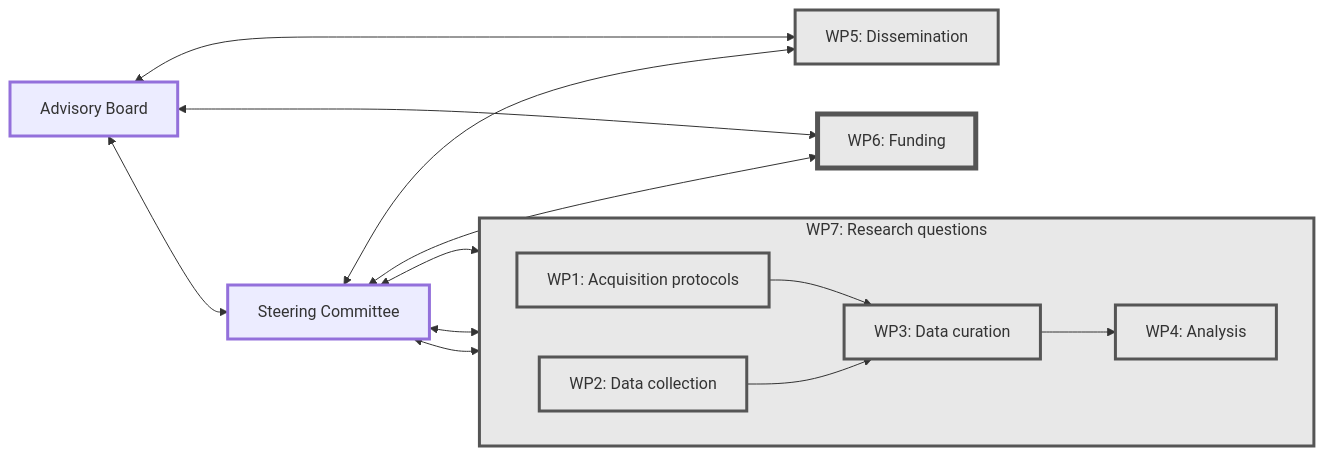
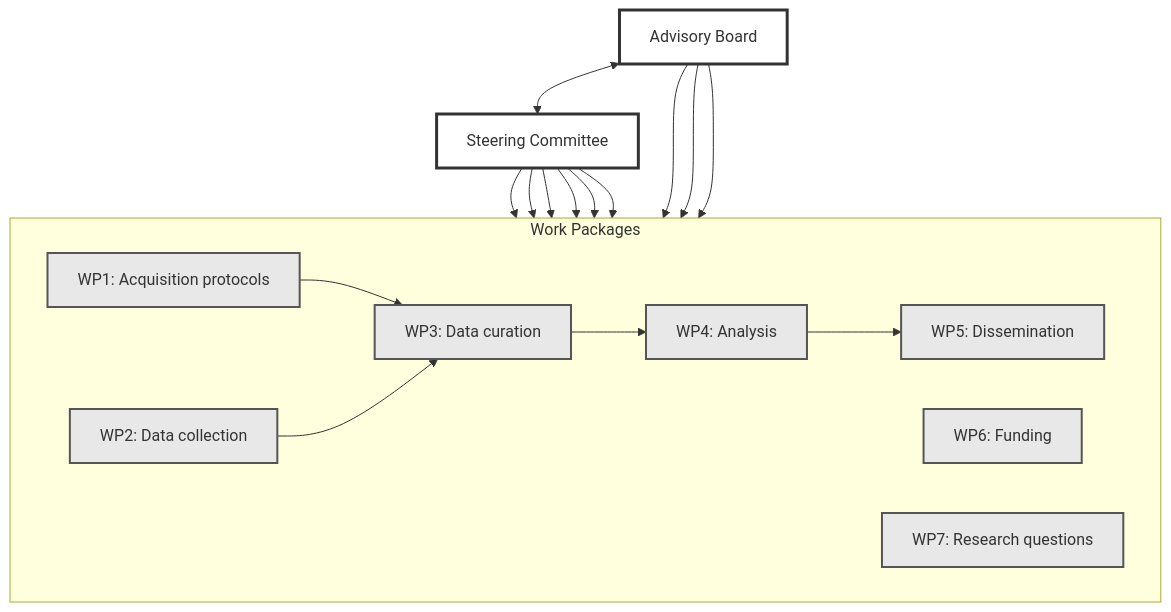
One commit to EEGManySteps/eegmanysteps.github.io changed the diagram in index.qmd. Above: the diagram before and after it, drawn with Mermaid.

Commit message:
Fix broken Mermaid diagram: remove dual node/subgraph conflict
Redesign the work package diagram to properly show all 7 WPs inside
a subgraph, with AB and SC at the top. B7 was previously used as both
a node and a subgraph ID, causing rendering issues.

Closes #16

````diff
--- a/index.qmd
+++ b/index.qmd
@@ -41,41 +41,43 @@
 ```{mermaid}
-graph LR
-    style A stroke-width:3px,corner-radius:5px
-    style S stroke-width:3px,corner-radius:5px
-    style B1 fill:#E8E8E8,stroke:#555,stroke-width:3px,corner-radius:5px
-    style B2 fill:#E8E8E8,stroke:#555,stroke-width:3px,corner-radius:5px
-    style B3 fill:#E8E8E8,stroke:#555,stroke-width:3px,corner-radius:5px
-    style B4 fill:#E8E8E8,stroke:#555,stroke-width:3px,corner-radius:5px
-    style B5 fill:#E8E8E8,stroke:#555,stroke-width:3px,corner-radius:5px
-    style B6 fill:#E8E8E8,stroke:#555,stroke-width:5px,corner-radius:5px
-    style B7 fill:#E8E8E8,stroke:#555,stroke-width:3px,corner-radius:5px
-
+graph TD
     A[Advisory Board]
     S[Steering Committee]
 
-    B1[WP1: Acquisition protocols]
-    B2[WP2: Data collection]
-    B3[WP3: Data curation]
-    B4[WP4: Analysis]
-    B5[WP5: Dissemination]
-    B6[WP6: Funding]
-    B7[WP7: Research questions]
+    A <--> S
 
-    subgraph B7[WP7: Research questions]
+    subgraph Work Packages
         direction LR
+        B1[WP1: Acquisition protocols]
+        B2[WP2: Data collection]
+        B3[WP3: Data curation]
+        B4[WP4: Analysis]
+        B5[WP5: Dissemination]
+        B6[WP6: Funding]
+        B7[WP7: Research questions]
+
         B1 --> B3
         B2 --> B3
         B3 --> B4
+        B4 --> B5
     end
 
-    A <--> S
-    S <--> B1
-    S <--> B2
-    S <--> B4
-    A <--> B5
-    S <--> B5
-    A <--> B6
-    S <--> B6
+    S --> B1
+    S --> B2
+    S --> B4
+    S --> B5
+    S --> B6
+    S --> B7
+    A --> B5
+    A --> B6
+    A --> B7
 
-
+    style A fill:#fff,stroke:#333,stroke-width:3px
+    style S fill:#fff,stroke:#333,stroke-width:3px
+    style B1 fill:#E8E8E8,stroke:#555,stroke-width:2px
+    style B2 fill:#E8E8E8,stroke:#555,stroke-width:2px
+    style B3 fill:#E8E8E8,stroke:#555,stroke-width:2px
+    style B4 fill:#E8E8E8,stroke:#555,stroke-width:2px
+    style B5 fill:#E8E8E8,stroke:#555,stroke-width:2px
+    style B6 fill:#E8E8E8,stroke:#555,stroke-width:2px
+    style B7 fill:#E8E8E8,stroke:#555,stroke-width:2px
 ```
````
